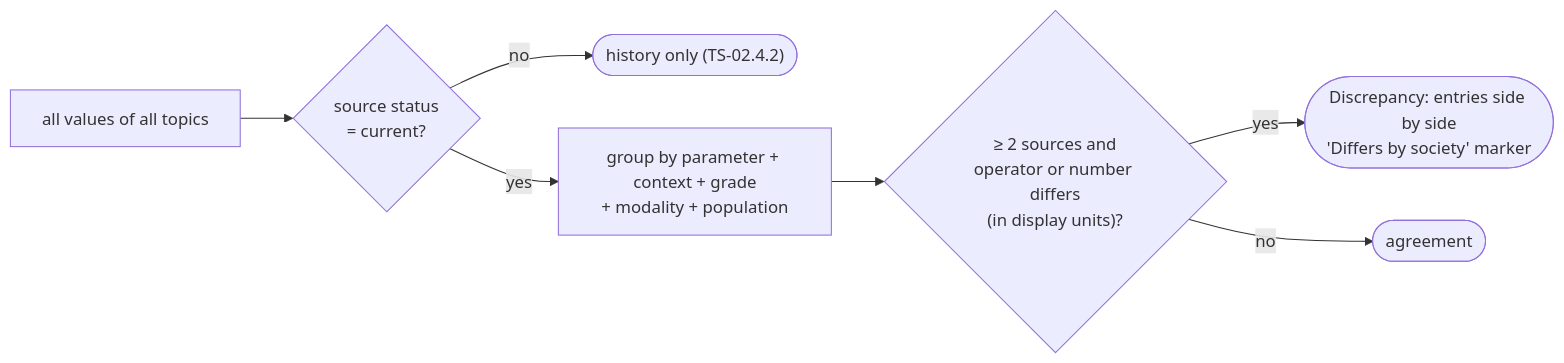
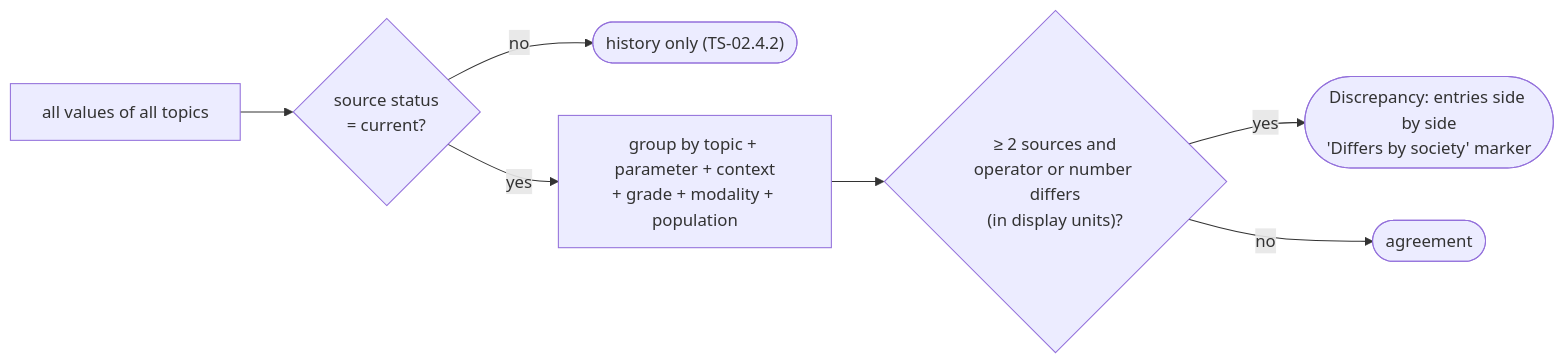
Before and after one commit to tudorgrigoriu90/valvia: the third of 4 diagrams in docs/content-model.md, drawn with Mermaid. The commit also changed other lines of this file and 4 other files, not shown here.

````diff
--- a/docs/content-model.md
+++ b/docs/content-model.md
@@ -228,9 +228,9 @@
 ```mermaid
 flowchart LR
     v["all values of all topics"] --> cur{"source status<br/>= current?"}
     cur -- no --> hist(["history only (TS-02.4.2)"])
-    cur -- yes --> grp["group by parameter + context + grade<br/>+ modality + population"]
+    cur -- yes --> grp["group by topic + parameter + context<br/>+ grade + modality + population"]
     grp --> cmp{"≥ 2 sources and<br/>operator or number differs<br/>(in display units)?"}
     cmp -- yes --> flag(["Discrepancy: entries side by side<br/>'Differs by society' marker"])
     cmp -- no --> ok(["agreement"])
 ```
````
